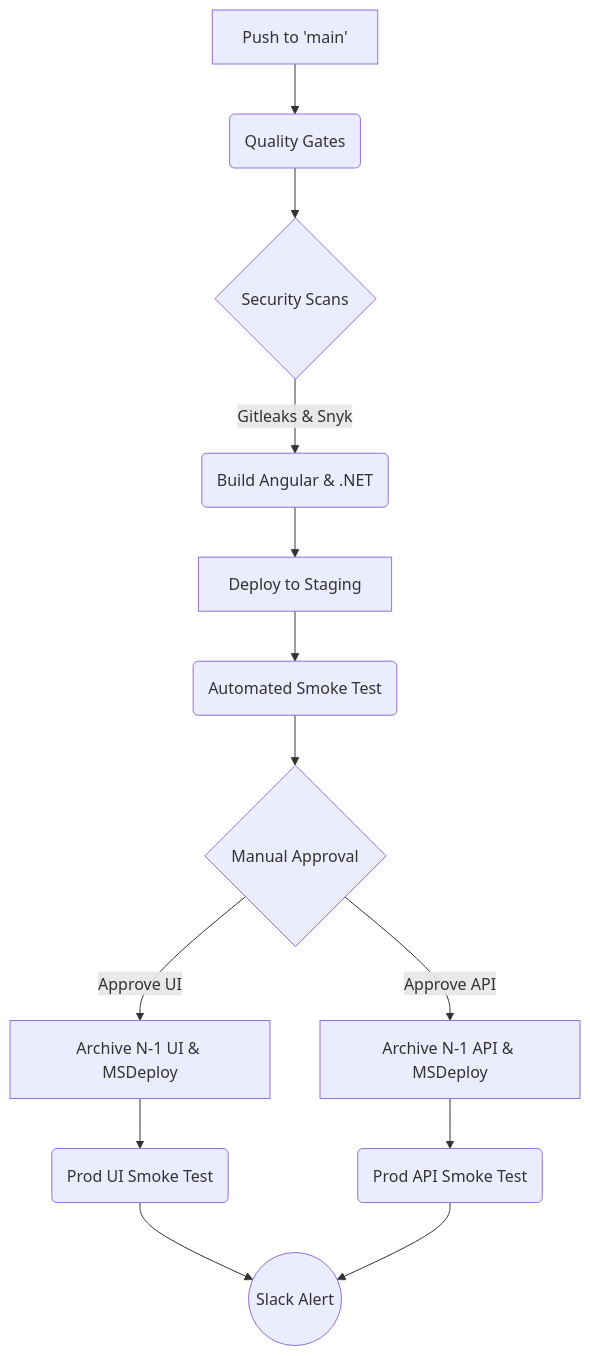
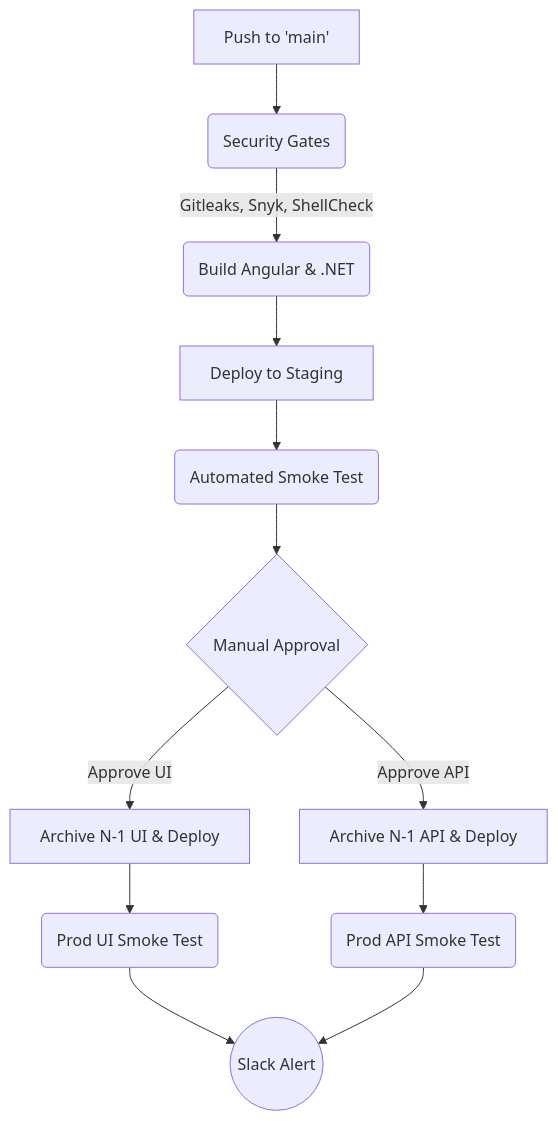
The diagram in README.md (letsconfuse/bitbucket-cicd-showcase), drawn with Mermaid before and after one commit. The commit also changed other lines of this file and 10 other files, not shown here.

````diff
--- a/README.md
+++ b/README.md
@@ -28,15 +30,14 @@
 ```mermaid
 graph TD;
-    A[Push to 'main'] --> B(Quality Gates);
-    B --> C{Security Scans};
-    C -->|Gitleaks & Snyk| D(Build Angular & .NET);
-    D --> E[Deploy to Staging];
-    E --> F(Automated Smoke Test);
-    F --> G{Manual Approval};
-    G -->|Approve UI| H[Archive N-1 UI & MSDeploy];
-    G -->|Approve API| I[Archive N-1 API & MSDeploy];
-    H --> J(Prod UI Smoke Test);
-    I --> K(Prod API Smoke Test);
-    J --> L((Slack Alert));
-    K --> L;
+    A[Push to 'main'] --> B(Security Gates);
+    B --> |Gitleaks, Snyk, ShellCheck| C(Build Angular & .NET);
+    C --> D[Deploy to Staging];
+    D --> E(Automated Smoke Test);
+    E --> F{Manual Approval};
+    F --> |Approve UI| G[Archive N-1 UI & Deploy];
+    F --> |Approve API| H[Archive N-1 API & Deploy];
+    G --> I(Prod UI Smoke Test);
+    H --> J(Prod API Smoke Test);
+    I --> K((Slack Alert));
+    J --> K;
 ```
````
